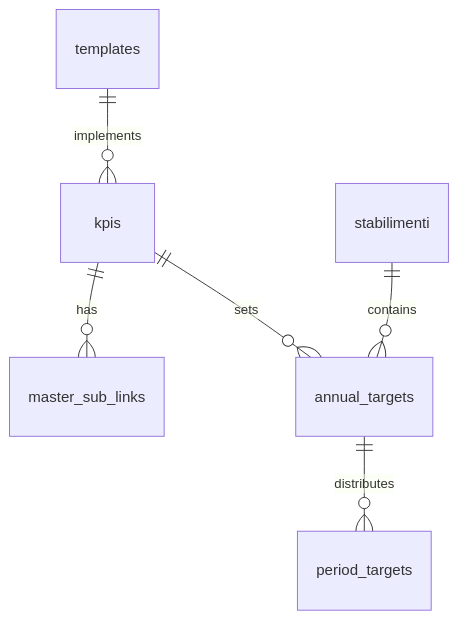
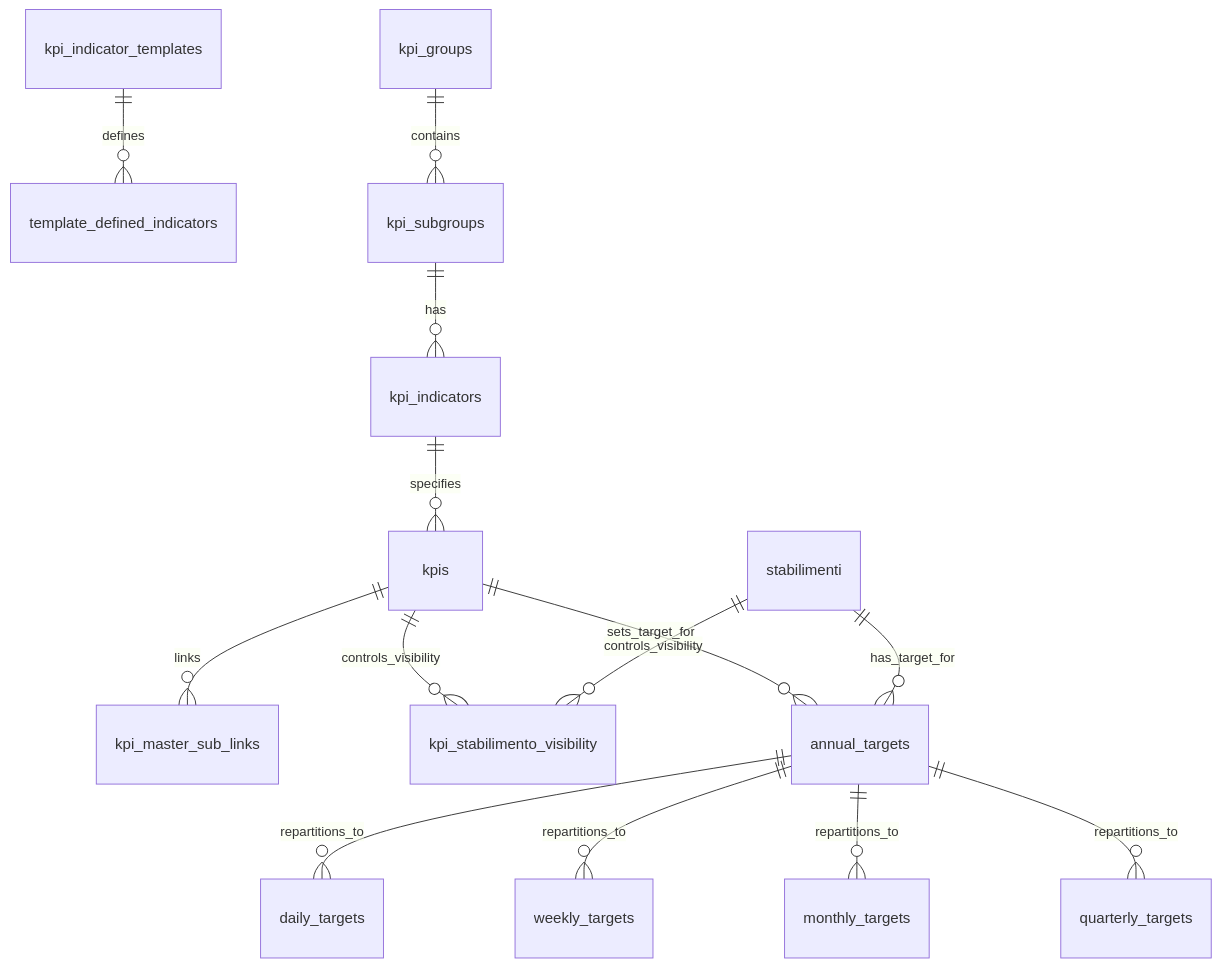
The diagram in docs/database_schema.md (MGriot/dataentryKPI), drawn with Mermaid before and after one commit. The commit also changed other lines of this file and 14 other files, not shown here.

First line of the commit message:
Update docs and GUI for stabilimento color and KPI visibility

````diff
--- a/docs/database_schema.md
+++ b/docs/database_schema.md
@@ -114,8 +222,16 @@
 ```mermaid
 erDiagram
-    templates ||--o{ kpis : "implements"
-    kpis ||--o{ master_sub_links : "has"
-    kpis ||--o{ annual_targets : "sets"
-    annual_targets ||--o{ period_targets : "distributes"
-    stabilimenti ||--o{ annual_targets : "contains"
+    kpi_indicator_templates ||--o{ template_defined_indicators : "defines"
+    kpi_groups ||--o{ kpi_subgroups : "contains"
+    kpi_subgroups ||--o{ kpi_indicators : "has"
+    kpi_indicators ||--o{ kpis : "specifies"
+    kpis ||--o{ kpi_master_sub_links : "links"
+    kpis ||--o{ kpi_stabilimento_visibility : "controls_visibility"
+    stabilimenti ||--o{ kpi_stabilimento_visibility : "controls_visibility"
+    kpis ||--o{ annual_targets : "sets_target_for"
+    stabilimenti ||--o{ annual_targets : "has_target_for"
+    annual_targets ||--o{ daily_targets : "repartitions_to"
+    annual_targets ||--o{ weekly_targets : "repartitions_to"
+    annual_targets ||--o{ monthly_targets : "repartitions_to"
+    annual_targets ||--o{ quarterly_targets : "repartitions_to"
 ```
````
